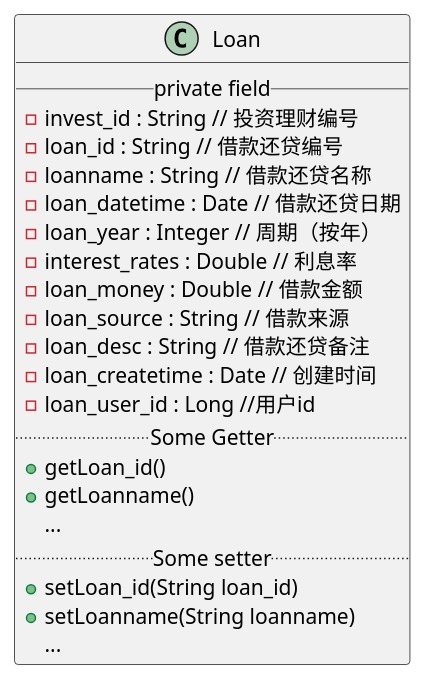
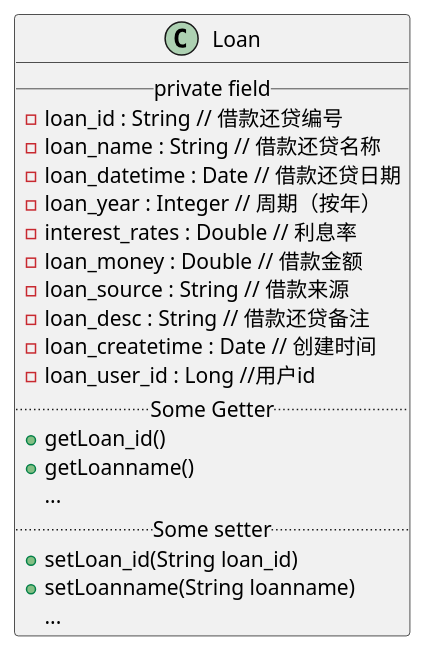
Diagram 25 of 31 in docs/UML/plantuml.md (xiaokangxxs/notebook), drawn with PlantUML before and after one commit. The commit also changed other lines of this file and 9 other files, not shown here.

Commit message:
add sqoop and update uml

````diff
--- a/docs/UML/plantuml.md
+++ b/docs/UML/plantuml.md
@@ -508,28 +504,27 @@
 ```plantuml
 @startuml
 
 class Loan {
 __ private field __
- -invest_id : String // 投资理财编号
  -loan_id : String // 借款还贷编号
- -loanname : String // 借款还贷名称
+ -loan_name : String // 借款还贷名称
  -loan_datetime : Date // 借款还贷日期
  -loan_year : Integer // 周期（按年）
  -interest_rates : Double // 利息率
  -loan_money : Double // 借款金额
  -loan_source : String // 借款来源
  -loan_desc : String // 借款还贷备注
  -loan_createtime : Date // 创建时间
  -loan_user_id : Long //用户id
 .. Some Getter ..
   + getLoan_id()
   + getLoanname()
   ...
 .. Some setter ..
   + setLoan_id(String loan_id)
   + setLoanname(String loanname)
   ...
 }
 
 @enduml
 ```
````
